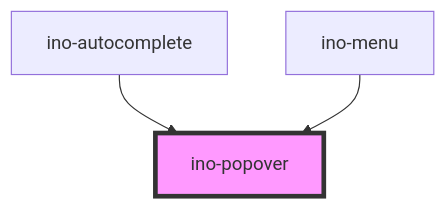
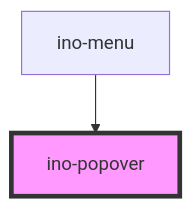
The diagram in packages/elements/src/components/ino-popover/readme.md (inovex/elements), drawn with Mermaid before and after one commit. The commit also changed other lines of this file and 7 other files, not shown here.

````diff
--- a/packages/elements/src/components/ino-popover/readme.md
+++ b/packages/elements/src/components/ino-popover/readme.md
@@ -252,6 +251,5 @@
 ```mermaid
 graph TD;
-  ino-autocomplete --> ino-popover
   ino-menu --> ino-popover
   style ino-popover fill:#f9f,stroke:#333,stroke-width:4px
 ```
````
